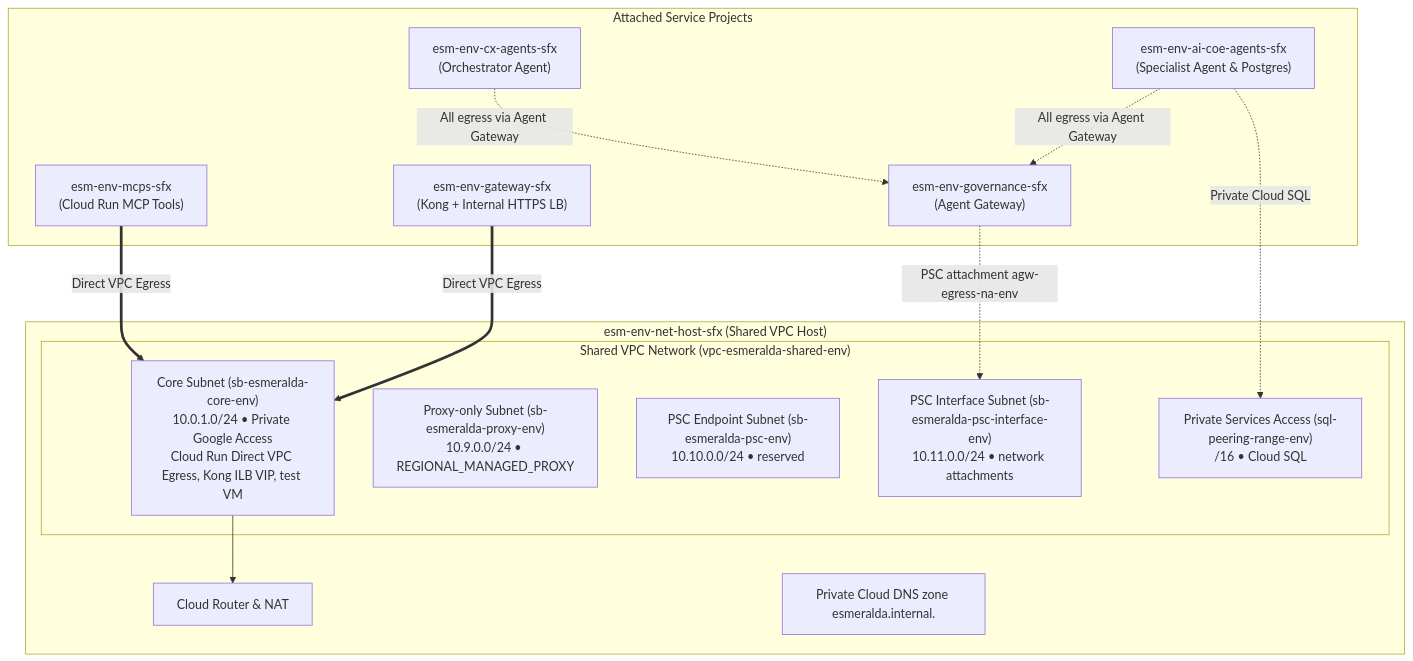
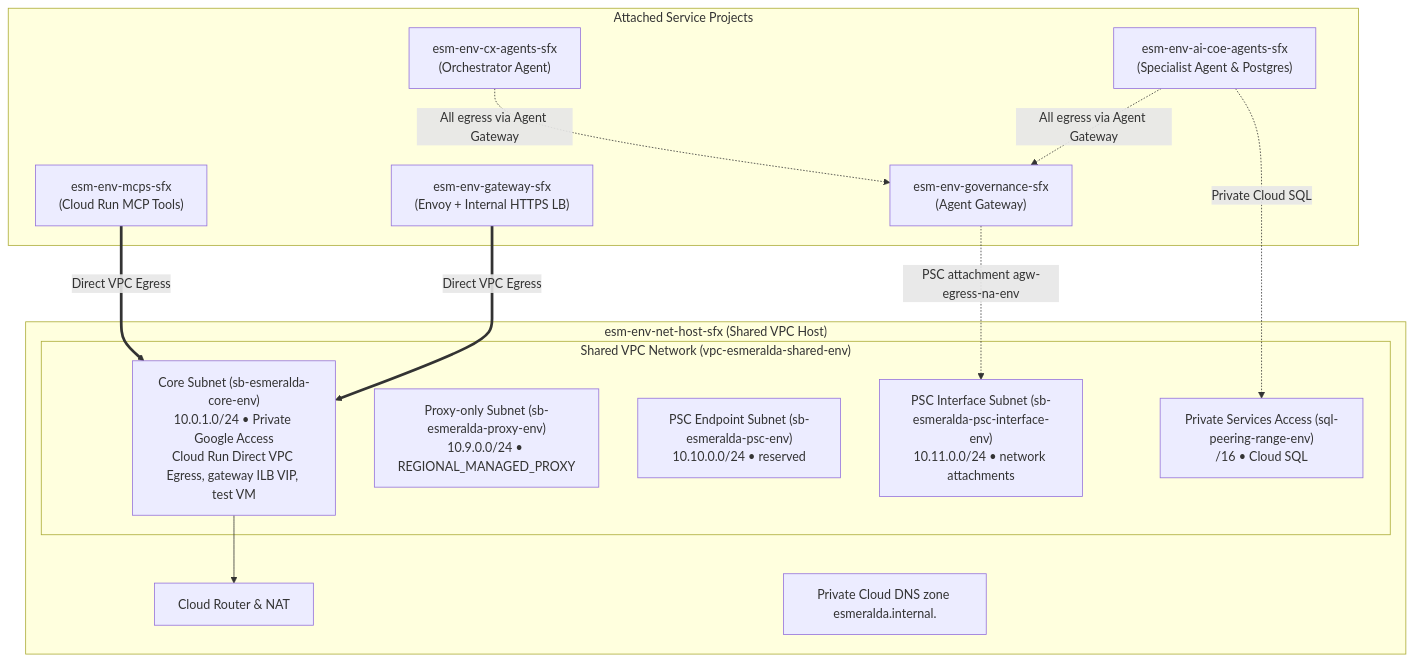
The diagram in docs/src/1-platform-foundations/02-private-networking.md (google/esmeralda), drawn with Mermaid before and after one commit. The commit also changed other lines of this file and 15 other files, not shown here.

First line of the commit message:
docs: describe the Envoy ingress gateway (#73)

````diff
--- a/docs/src/1-platform-foundations/02-private-networking.md
+++ b/docs/src/1-platform-foundations/02-private-networking.md
@@ -53,29 +53,29 @@
 ```mermaid
 flowchart TD
     subgraph HostProject["esm-env-net-host-sfx (Shared VPC Host)"]
         subgraph VPC["Shared VPC Network (vpc-esmeralda-shared-env)"]
-            SubnetCore["Core Subnet (sb-esmeralda-core-env)<br/>10.0.1.0/24 • Private Google Access<br/>Cloud Run Direct VPC Egress, Kong ILB VIP, test VM"]
+            SubnetCore["Core Subnet (sb-esmeralda-core-env)<br/>10.0.1.0/24 • Private Google Access<br/>Cloud Run Direct VPC Egress, gateway ILB VIP, test VM"]
             SubnetProxy["Proxy-only Subnet (sb-esmeralda-proxy-env)<br/>10.9.0.0/24 • REGIONAL_MANAGED_PROXY"]
             SubnetPSC["PSC Endpoint Subnet (sb-esmeralda-psc-env)<br/>10.10.0.0/24 • reserved"]
             SubnetPSCI["PSC Interface Subnet (sb-esmeralda-psc-interface-env)<br/>10.11.0.0/24 • network attachments"]
             PSA["Private Services Access (sql-peering-range-env)<br/>/16 • Cloud SQL"]
         end
         
         Router["Cloud Router & NAT"]
         DNS["Private Cloud DNS zone esmeralda.internal."]
     end
 
     subgraph ServiceProjects["Attached Service Projects"]
         P_MCP["esm-env-mcps-sfx<br/>(Cloud Run MCP Tools)"]
-        P_GW["esm-env-gateway-sfx<br/>(Kong + Internal HTTPS LB)"]
+        P_GW["esm-env-gateway-sfx<br/>(Envoy + Internal HTTPS LB)"]
         P_AICOE["esm-env-ai-coe-agents-sfx<br/>(Specialist Agent & Postgres)"]
         P_CX["esm-env-cx-agents-sfx<br/>(Orchestrator Agent)"]
         P_GOV["esm-env-governance-sfx<br/>(Agent Gateway)"]
     end
 
     P_MCP & P_GW ==>|Direct VPC Egress| SubnetCore
     P_AICOE -.->|Private Cloud SQL| PSA
     P_GOV -.->|"PSC attachment agw-egress-na-env"| SubnetPSCI
     P_CX & P_AICOE -.->|All egress via Agent Gateway| P_GOV
     SubnetCore --> Router
 ```
````
